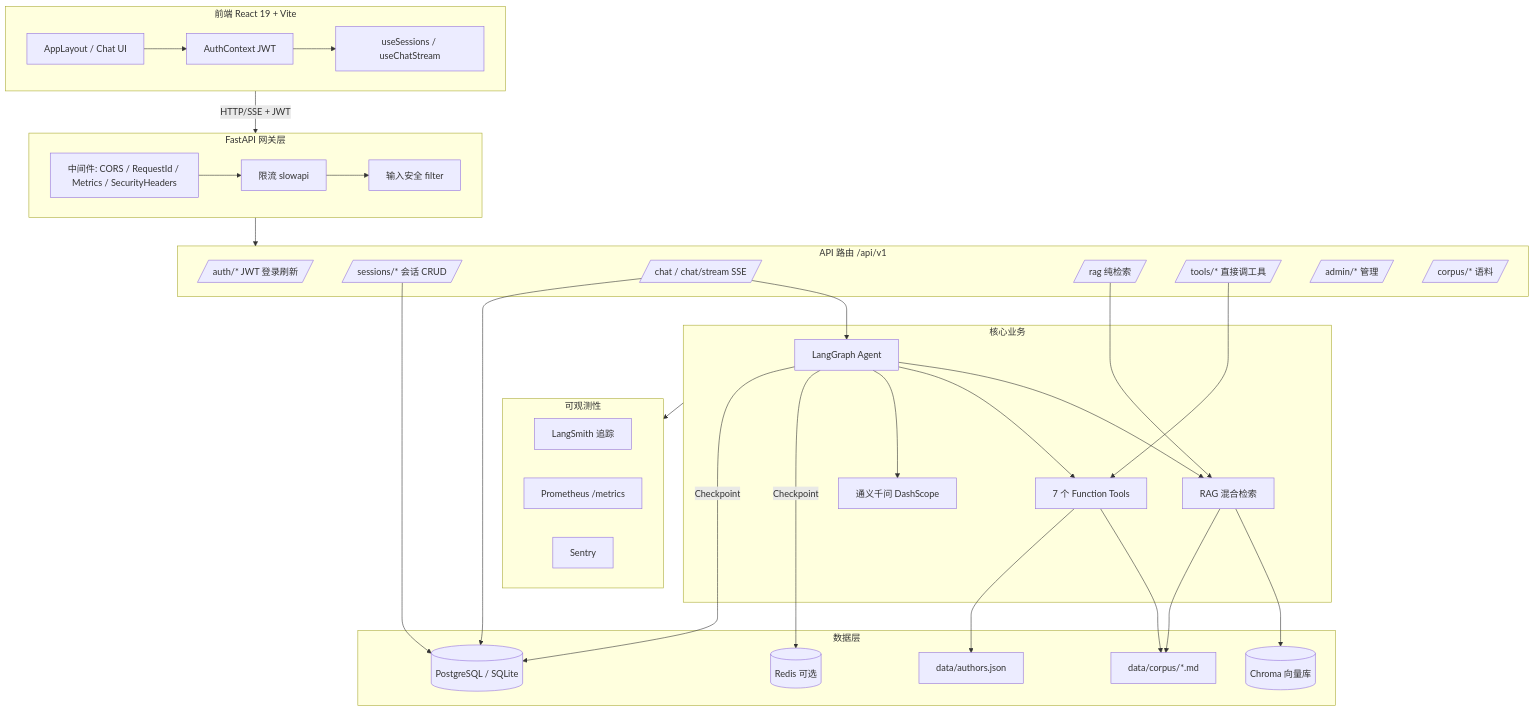
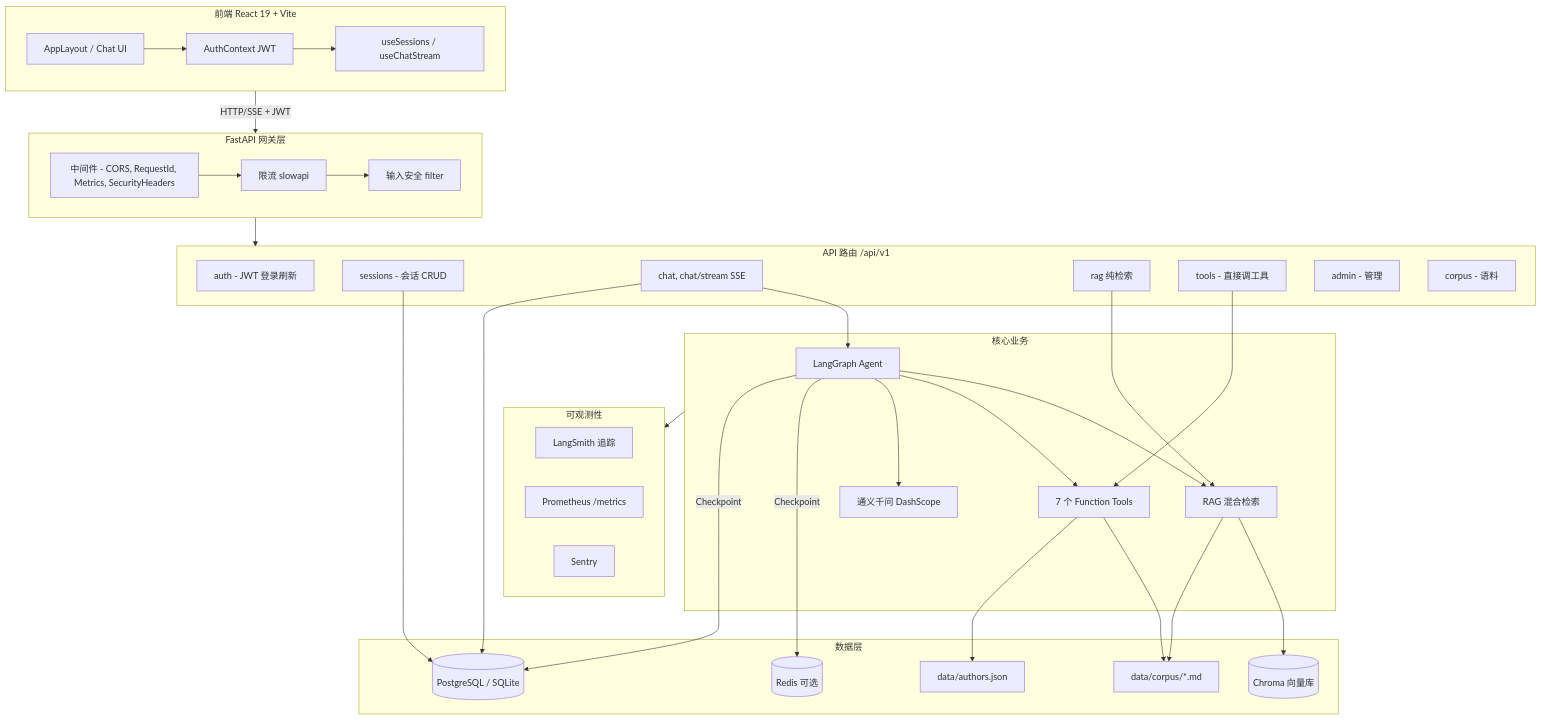
The first of 7 diagrams in docs/architecture.md (xiaduobao/poetryAgent), drawn with Mermaid before and after one commit. The commit also changed other lines of this file and 2 other files, not shown here.

````diff
--- a/docs/architecture.md
+++ b/docs/architecture.md
@@ -10,65 +10,65 @@
 ```mermaid
 flowchart TB
     subgraph Client["前端 React 19 + Vite"]
         UI[AppLayout / Chat UI]
         AuthCtx[AuthContext JWT]
         Hooks[useSessions / useChatStream]
         UI --> AuthCtx --> Hooks
     end
 
     subgraph Gateway["FastAPI 网关层"]
-        MW[中间件: CORS / RequestId / Metrics / SecurityHeaders]
+        MW[中间件 - CORS, RequestId, Metrics, SecurityHeaders]
         RL[限流 slowapi]
         SEC[输入安全 filter]
         MW --> RL --> SEC
     end
 
     subgraph API["API 路由 /api/v1"]
-        AuthR[/auth/* JWT 登录刷新/]
-        SessionR[/sessions/* 会话 CRUD/]
-        ChatR[/chat / chat/stream SSE/]
-        RagR[/rag 纯检索/]
-        ToolR[/tools/* 直接调工具/]
-        AdminR[/admin/* 管理/]
-        CorpusR[/corpus/* 语料/]
+        AuthR["auth - JWT 登录刷新"]
+        SessionR["sessions - 会话 CRUD"]
+        ChatR["chat, chat/stream SSE"]
+        RagR["rag 纯检索"]
+        ToolR["tools - 直接调工具"]
+        AdminR["admin - 管理"]
+        CorpusR["corpus - 语料"]
     end
 
     subgraph Core["核心业务"]
         Agent[LangGraph Agent]
         RAG[RAG 混合检索]
         Tools[7 个 Function Tools]
         LLM[通义千问 DashScope]
     end
 
     subgraph Data["数据层"]
         PG[(PostgreSQL / SQLite)]
         Redis[(Redis 可选)]
         Chroma[(Chroma 向量库)]
         Corpus[data/corpus/*.md]
         Authors[data/authors.json]
     end
 
     subgraph Obs["可观测性"]
         LS[LangSmith 追踪]
         Prom[Prometheus /metrics]
         Sentry[Sentry]
     end
 
     Client -->|HTTP/SSE + JWT| Gateway
     Gateway --> API
     ChatR --> Agent
     RagR --> RAG
     ToolR --> Tools
     Agent --> RAG
     Agent --> Tools
     Agent --> LLM
     RAG --> Chroma
     RAG --> Corpus
     Tools --> Corpus
     Tools --> Authors
     SessionR --> PG
     ChatR --> PG
     Agent -->|Checkpoint| Redis
     Agent -->|Checkpoint| PG
     Core --> Obs
 ```
````
